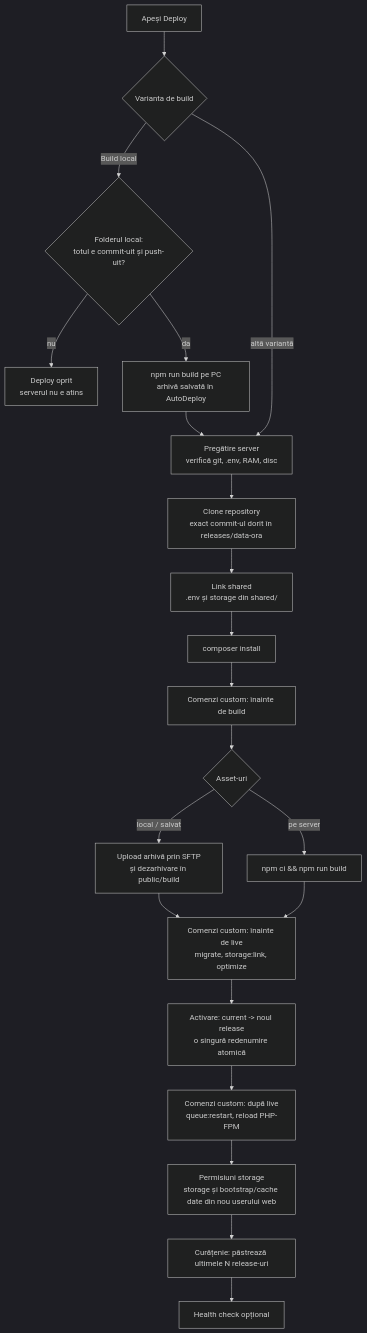
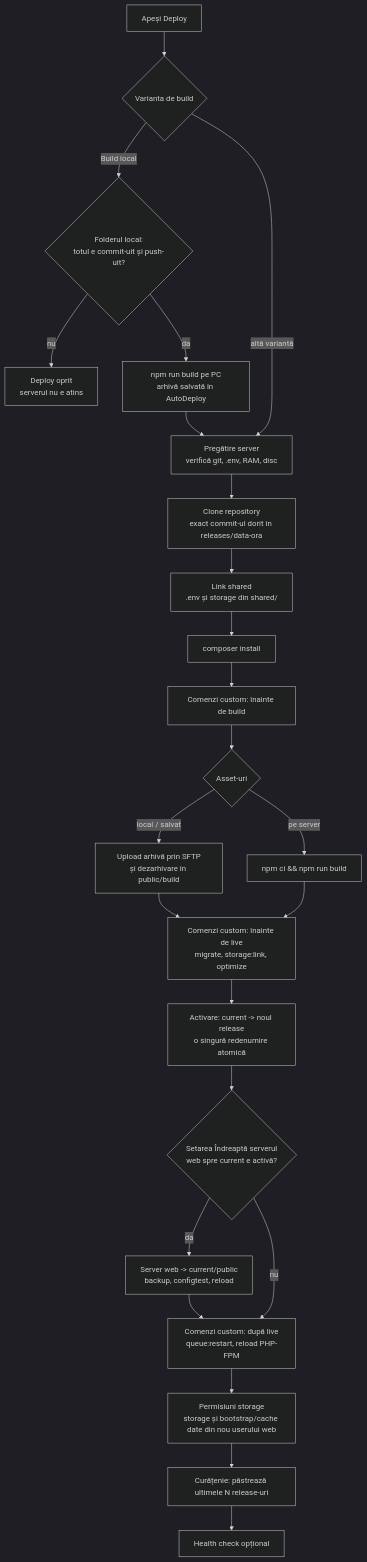
One commit to BranDavidIonel/AutoDeploy changed the diagram in docs/01-cum-functioneaza.md. Above: the diagram before and after it, drawn with Mermaid (dark theme). The commit also changed other lines of this file and 24 other files, not shown here.

Commit message:
Optional deploy step points the Apache / Nginx site of the project URL to current/public Backup, config test with restore and reload; fails loudly when it cannot switch; setting, Quick setup note, tests, docs

````diff
--- a/docs/01-cum-functioneaza.md
+++ b/docs/01-cum-functioneaza.md
@@ -64,23 +68,26 @@
 ```mermaid
 flowchart TD
     A[Apeși Deploy] --> B{Varianta de build}
     B -- Build local --> V{Folderul local:<br/>totul e commit-uit și push-uit?}
     V -- nu --> X[Deploy oprit<br/>serverul nu e atins]
     V -- da --> C[npm run build pe PC<br/>arhivă salvată în AutoDeploy]
     B -- altă variantă --> D
     C --> D[Pregătire server<br/>verifică git, .env, RAM, disc]
     D --> E[Clone repository<br/>exact commit-ul dorit în releases/data-ora]
     E --> F[Link shared<br/>.env și storage din shared/]
     F --> G[composer install]
     G --> H[Comenzi custom: înainte de build]
     H --> I{Asset-uri}
     I -- local / salvat --> J[Upload arhivă prin SFTP<br/>și dezarhivare în public/build]
     I -- pe server --> K[npm ci && npm run build]
     J --> L[Comenzi custom: înainte de live<br/>migrate, storage:link, optimize]
     K --> L
     L --> M[Activare: current -> noul release<br/>o singură redenumire atomică]
-    M --> N[Comenzi custom: după live<br/>queue:restart, reload PHP-FPM]
+    M --> W{Setarea Îndreaptă serverul<br/>web spre current e activă?}
+    W -- da --> WS[Server web -> current/public<br/>backup, configtest, reload]
+    W -- nu --> N
+    WS --> N[Comenzi custom: după live<br/>queue:restart, reload PHP-FPM]
     N --> Q[Permisiuni storage<br/>storage și bootstrap/cache date din nou userului web]
     Q --> O[Curățenie: păstrează ultimele N release-uri]
     O --> P[Health check opțional]
 ```
````
